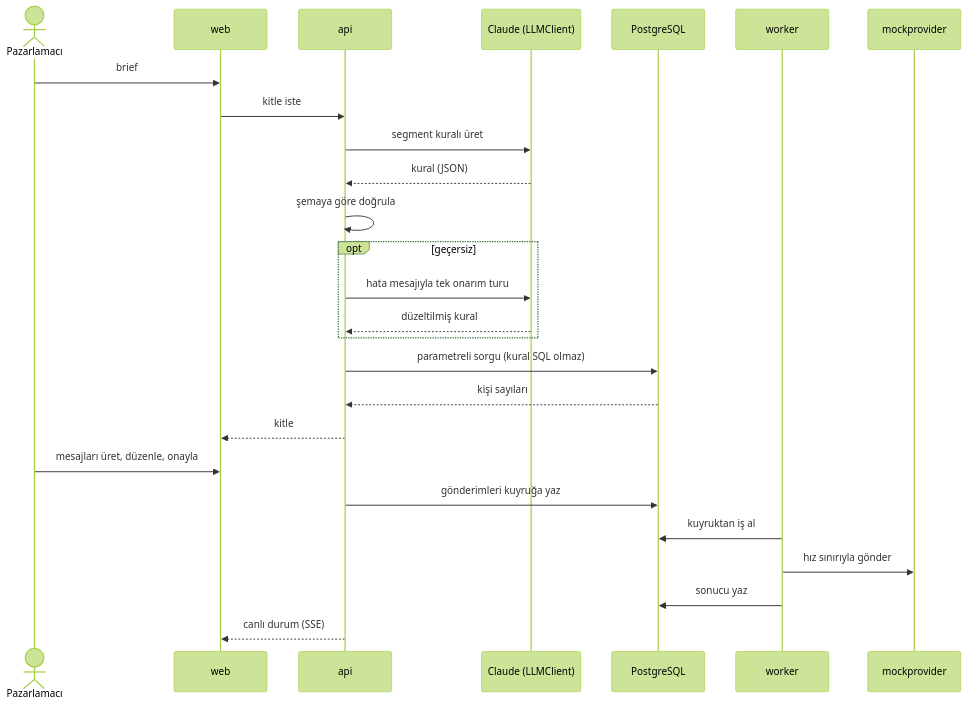
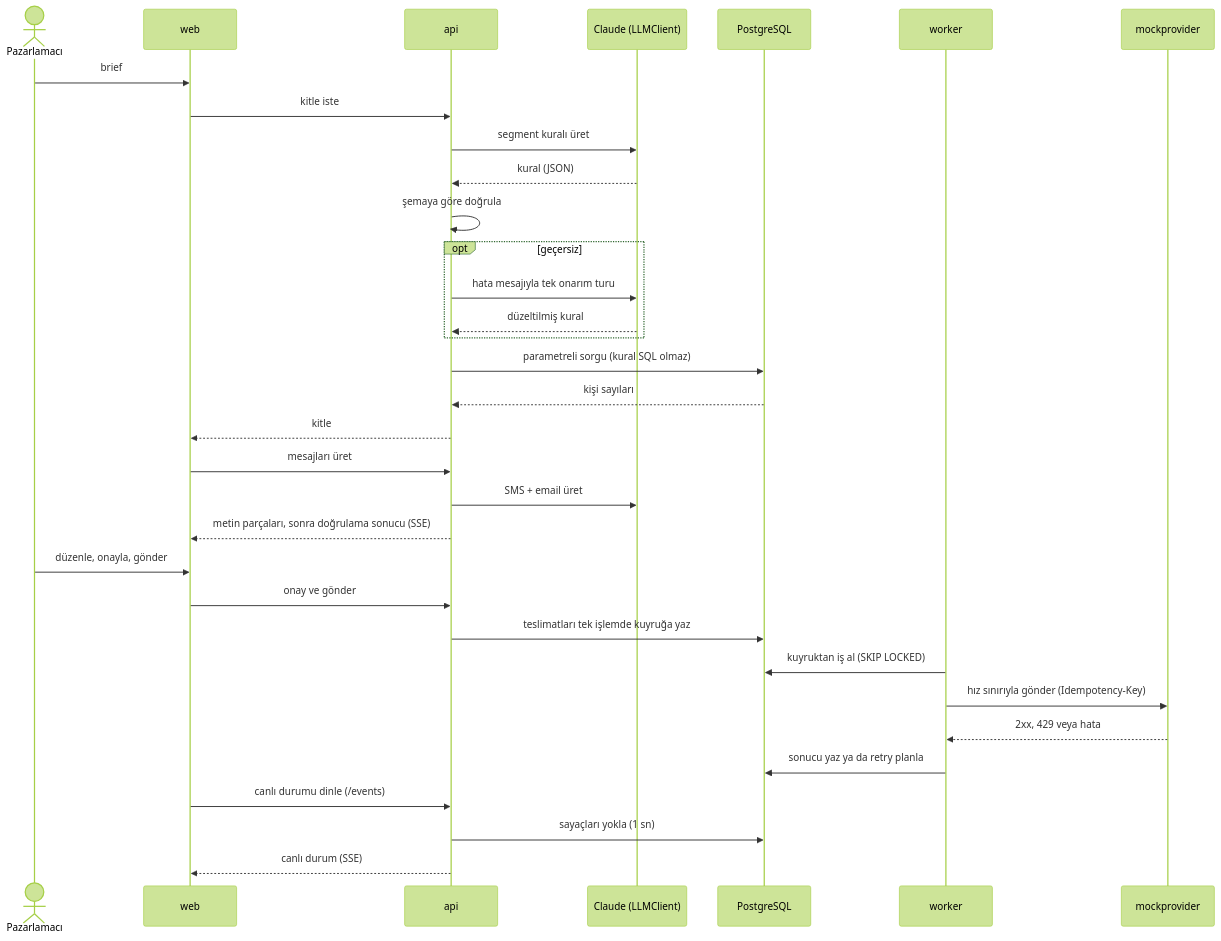
One commit to gulcint/smart-campaign-composer changed the first of 3 diagrams in README.md. Above: the diagram before and after it, drawn with Mermaid (forest theme). The commit also changed other lines of this file, not shown here.

````diff
--- a/README.md
+++ b/README.md
@@ -19,29 +19,36 @@
 ```mermaid
 sequenceDiagram
   actor M as Pazarlamacı
   participant W as web
   participant A as api
   participant L as Claude (LLMClient)
   participant D as PostgreSQL
   participant K as worker
   participant P as mockprovider
 
   M->>W: brief
   W->>A: kitle iste
   A->>L: segment kuralı üret
   L-->>A: kural (JSON)
   A->>A: şemaya göre doğrula
   opt geçersiz
     A->>L: hata mesajıyla tek onarım turu
     L-->>A: düzeltilmiş kural
   end
   A->>D: parametreli sorgu (kural SQL olmaz)
   D-->>A: kişi sayıları
   A-->>W: kitle
-  M->>W: mesajları üret, düzenle, onayla
-  A->>D: gönderimleri kuyruğa yaz
-  K->>D: kuyruktan iş al
-  K->>P: hız sınırıyla gönder
-  K->>D: sonucu yaz
+  W->>A: mesajları üret
+  A->>L: SMS + email üret
+  A-->>W: metin parçaları, sonra doğrulama sonucu (SSE)
+  M->>W: düzenle, onayla, gönder
+  W->>A: onay ve gönder
+  A->>D: teslimatları tek işlemde kuyruğa yaz
+  K->>D: kuyruktan iş al (SKIP LOCKED)
+  K->>P: hız sınırıyla gönder (Idempotency-Key)
+  P-->>K: 2xx, 429 veya hata
+  K->>D: sonucu yaz ya da retry planla
+  W->>A: canlı durumu dinle (/events)
+  A->>D: sayaçları yokla (1 sn)
   A-->>W: canlı durum (SSE)
 ```
````
